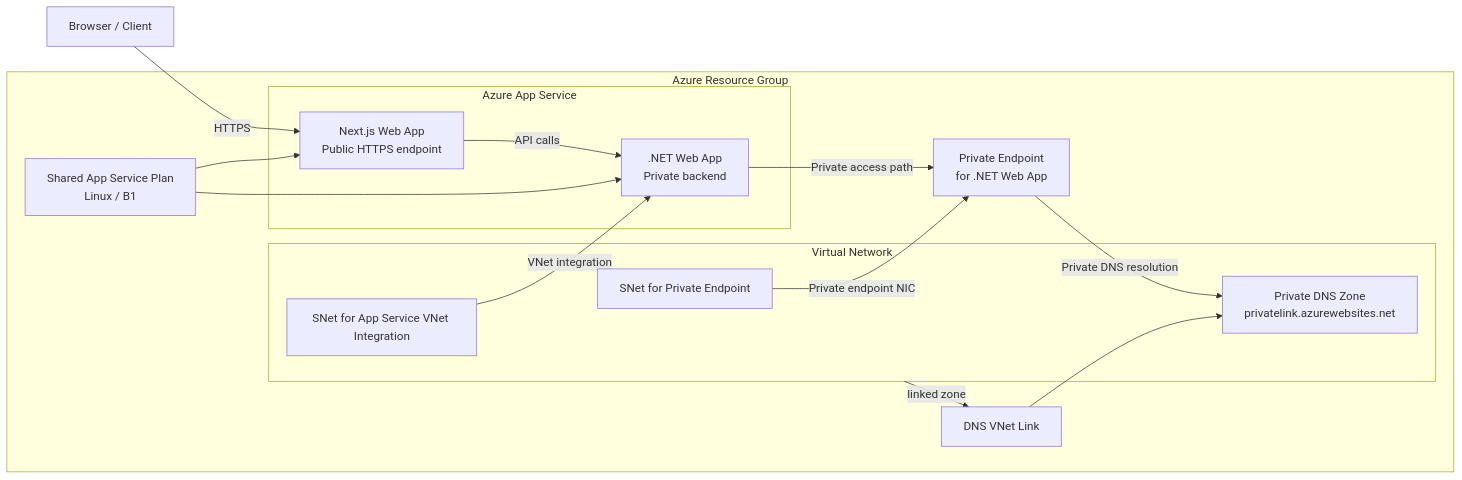
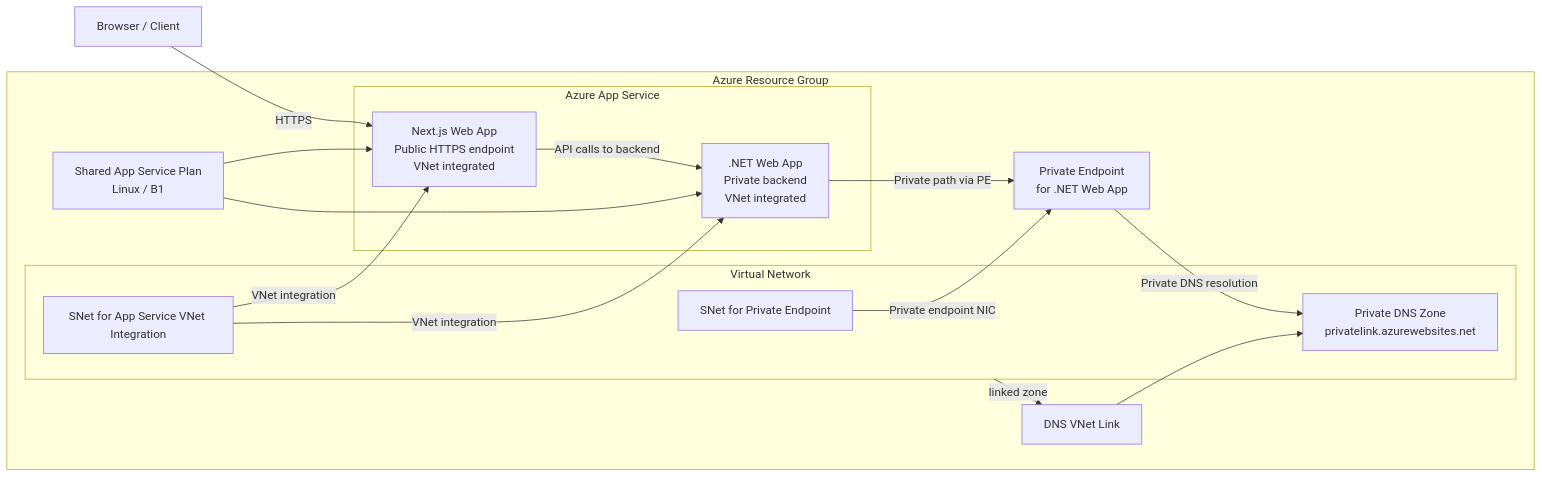
The diagram in terraform-dashboard/README.md (vermavarun/_TheApplication), drawn with Mermaid before and after one commit. The commit also changed other lines of this file and 1 other file, not shown here.

Commit message:
feat: enhance README and Terraform configuration for VNet integration of dashboard apps

````diff
--- a/terraform-dashboard/README.md
+++ b/terraform-dashboard/README.md
@@ -19,31 +19,32 @@
 ```mermaid
 flowchart LR
     subgraph Azure[Azure Resource Group]
         SP[Shared App Service Plan<br/>Linux / B1]
 
         subgraph VNet[Virtual Network]
             subnetApp[SNet for App Service VNet Integration]
             subnetPE[SNet for Private Endpoint]
             dns[Private DNS Zone<br/>privatelink.azurewebsites.net]
         end
 
         subgraph Apps[Azure App Service]
-            FE[Next.js Web App<br/>Public HTTPS endpoint]
-            BE[.NET Web App<br/>Private backend]
+            FE[Next.js Web App<br/>Public HTTPS endpoint<br/>VNet integrated]
+            BE[.NET Web App<br/>Private backend<br/>VNet integrated]
         end
 
         PE[Private Endpoint<br/>for .NET Web App]
         VNetLink[DNS VNet Link]
     end
 
     User[Browser / Client] -->|HTTPS| FE
-    FE -->|API calls| BE
-    BE -->|Private access path| PE
+    FE -->|API calls to backend| BE
+    BE -->|Private path via PE| PE
     PE -->|Private DNS resolution| dns
+    subnetApp -->|VNet integration| FE
     subnetApp -->|VNet integration| BE
     subnetPE -->|Private endpoint NIC| PE
     VNet -->|linked zone| VNetLink
     VNetLink --> dns
     SP --> FE
     SP --> BE
 ```
````
